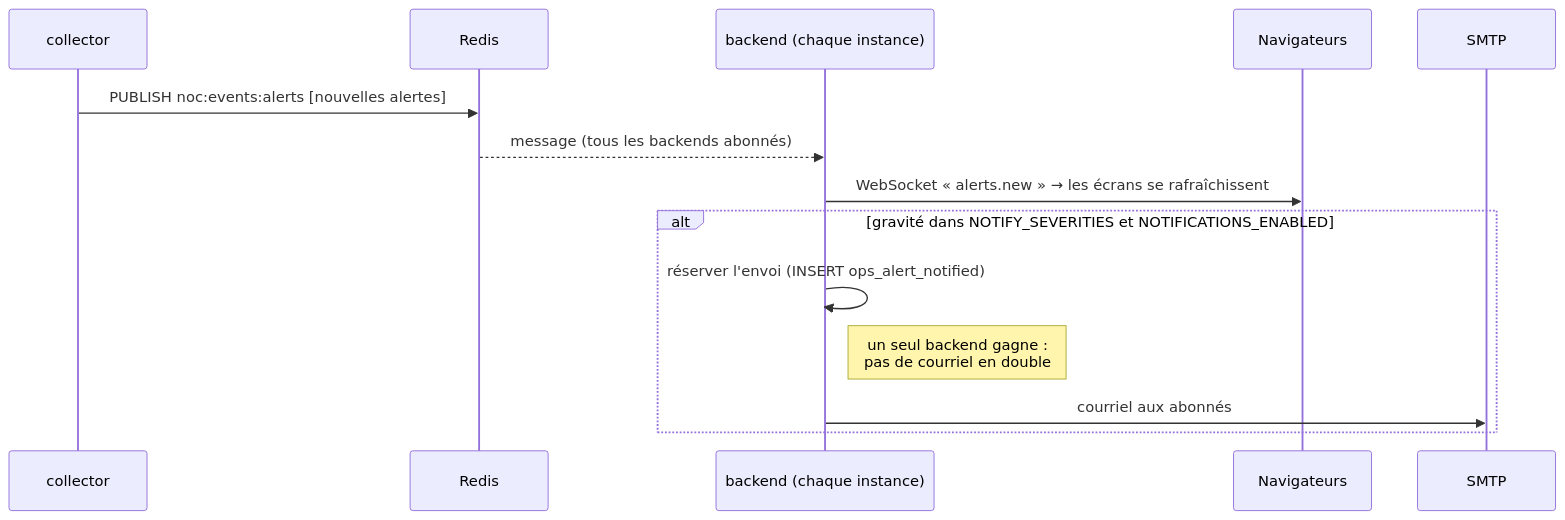
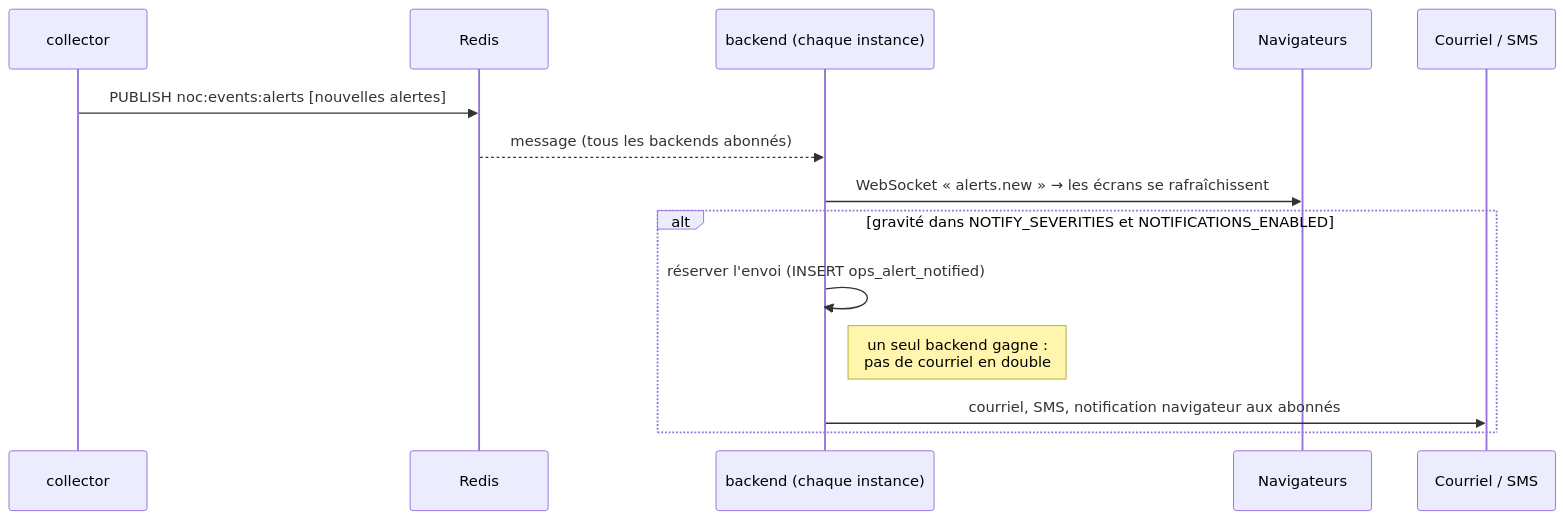
Before and after one commit to Boucharaf/noc: the third of 3 diagrams in docs/02-architecture.md, drawn with Mermaid. The commit also changed other lines of this file and 124 other files, not shown here.

````diff
--- a/docs/02-architecture.md
+++ b/docs/02-architecture.md
@@ -145,17 +190,17 @@
 ```mermaid
 sequenceDiagram
     participant C as collector
     participant R as Redis
     participant B as backend (chaque instance)
     participant N as Navigateurs
-    participant S as SMTP
+    participant S as Courriel / SMS
 
     C->>R: PUBLISH noc:events:alerts [nouvelles alertes]
     R-->>B: message (tous les backends abonnés)
     B->>N: WebSocket « alerts.new » → les écrans se rafraîchissent
     alt gravité dans NOTIFY_SEVERITIES et NOTIFICATIONS_ENABLED
         B->>B: réserver l'envoi (INSERT ops_alert_notified)
         Note right of B: un seul backend gagne :<br/>pas de courriel en double
-        B->>S: courriel aux abonnés
+        B->>S: courriel, SMS, notification navigateur aux abonnés
     end
 ```
````
